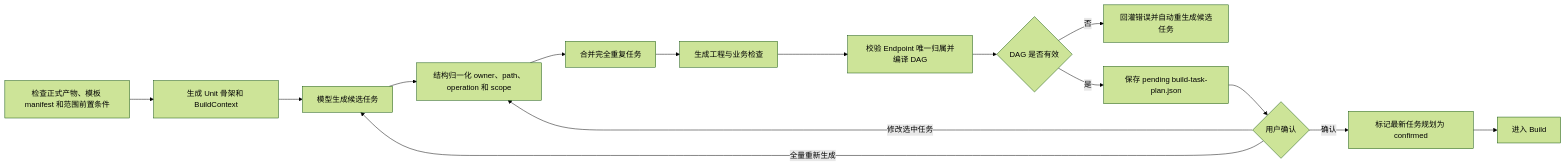
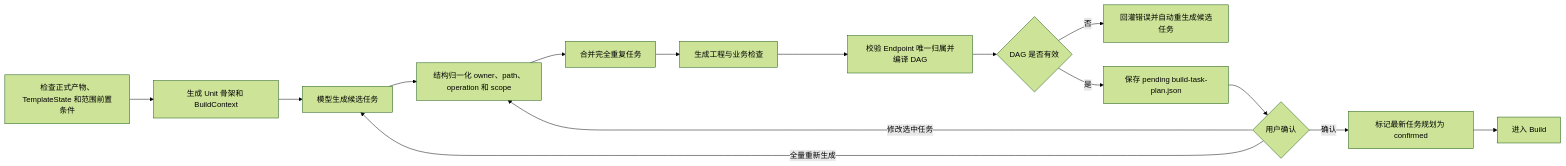
One commit to YYYWYF/XCodeAgent changed the second of 2 diagrams in docs/DAG_TASK_GENERATION_AND_VALIDATION_MININAL_CHANGE_PLAN.md. Above: the diagram before and after it, drawn with Mermaid (forest theme). The commit also changed other lines of this file and 221 other files, not shown here.

````diff
--- a/docs/DAG_TASK_GENERATION_AND_VALIDATION_MININAL_CHANGE_PLAN.md
+++ b/docs/DAG_TASK_GENERATION_AND_VALIDATION_MININAL_CHANGE_PLAN.md
@@ -78,17 +78,17 @@
 ```mermaid
 flowchart LR
-    A["检查正式产物、模板 manifest 和范围前置条件"] --> B["生成 Unit 骨架和 BuildContext"]
+    A["检查正式产物、TemplateState 和范围前置条件"] --> B["生成 Unit 骨架和 BuildContext"]
     B --> C["模型生成候选任务"]
     C --> D["结构归一化 owner、path、operation 和 scope"]
     D --> E["合并完全重复任务"]
     E --> F["生成工程与业务检查"]
     F --> G["校验 Endpoint 唯一归属并编译 DAG"]
     G --> V{"DAG 是否有效"}
     V -- "否" --> H["回灌错误并自动重生成候选任务"]
     V -- "是" --> I["保存 pending build-task-plan.json"]
     I --> J{"用户确认"}
     J -- "修改选中任务" --> D
     J -- "全量重新生成" --> C
     J -- "确认" --> K["标记最新任务规划为 confirmed"]
     K --> L["进入 Build"]
 ```
````
